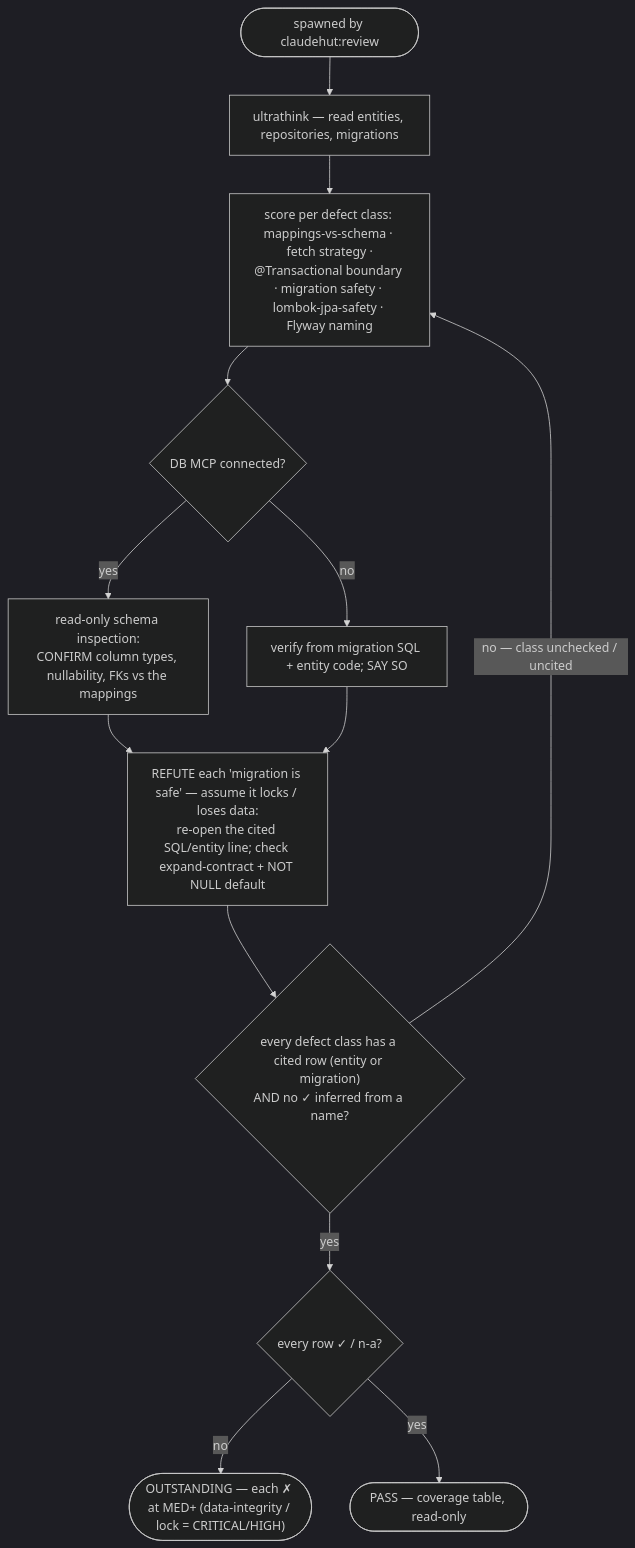
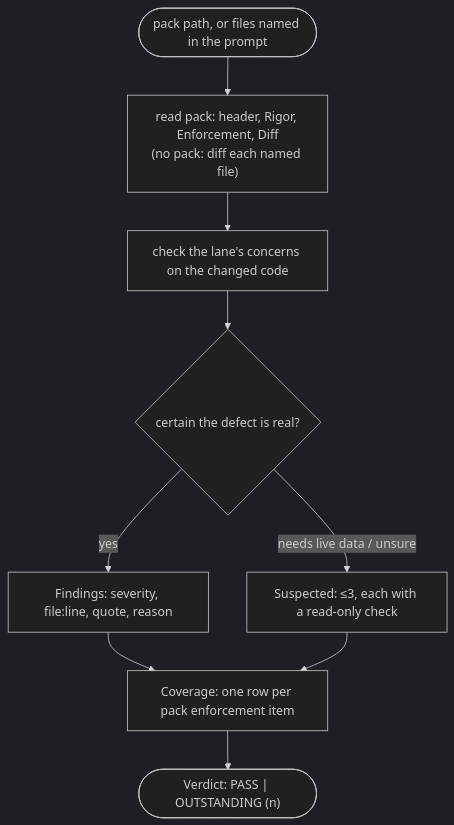
One commit to taipt1504/claudehut changed the diagram in agents/claudehut-db-reviewer.md. Above: the diagram before and after it, drawn with Mermaid (dark theme). The commit also changed other lines of this file and 297 other files, not shown here.

First line of the commit message:
feat(review): select review lanes from the diff and trim the roster to 5 (M4)

````diff
--- a/agents/claudehut-db-reviewer.md
+++ b/agents/claudehut-db-reviewer.md
@@ -19,15 +25,11 @@
 ```mermaid
 flowchart TB
-    start([spawned by claudehut:review]) --> read["ultrathink — read entities, repositories, migrations"]
-    read --> chk["score per defect class: mappings-vs-schema · fetch strategy ·<br/>@Transactional boundary · migration safety · lombok-jpa-safety · Flyway naming"]
-    chk --> ground{"DB MCP connected?"}
-    ground -- "yes" --> live["read-only schema inspection:<br/>CONFIRM column types, nullability, FKs vs the mappings"]
-    ground -- "no" --> infer["verify from migration SQL + entity code; SAY SO"]
-    live --> crit["REFUTE each 'migration is safe' — assume it locks / loses data:<br/>re-open the cited SQL/entity line; check expand-contract + NOT NULL default"]
-    infer --> crit
-    crit --> ev{"every defect class has a cited row (entity or migration)<br/>AND no ✓ inferred from a name?"}
-    ev -- "no — class unchecked / uncited" --> chk
-    ev -- "yes" --> verdict{"every row ✓ / n-a?"}
-    verdict -- "no" --> out(["OUTSTANDING — each ✗ at MED+ (data-integrity / lock = CRITICAL/HIGH)"])
-    verdict -- "yes" --> pass(["PASS — coverage table, read-only"])
+    start([pack path, or files named in the prompt]) --> read["read pack: header, Rigor, Enforcement, Diff<br/>(no pack: diff each named file)"]
+    read --> look["check the lane's concerns on the changed code"]
+    look --> sure{"certain the defect is real?"}
+    sure -- "yes" --> fnd["Findings: severity, file:line, quote, reason"]
+    sure -- "needs live data / unsure" --> sus["Suspected: ≤3, each with a read-only check"]
+    fnd --> cov["Coverage: one row per pack enforcement item"]
+    sus --> cov
+    cov --> v(["Verdict: PASS | OUTSTANDING (n)"])
 ```
````
